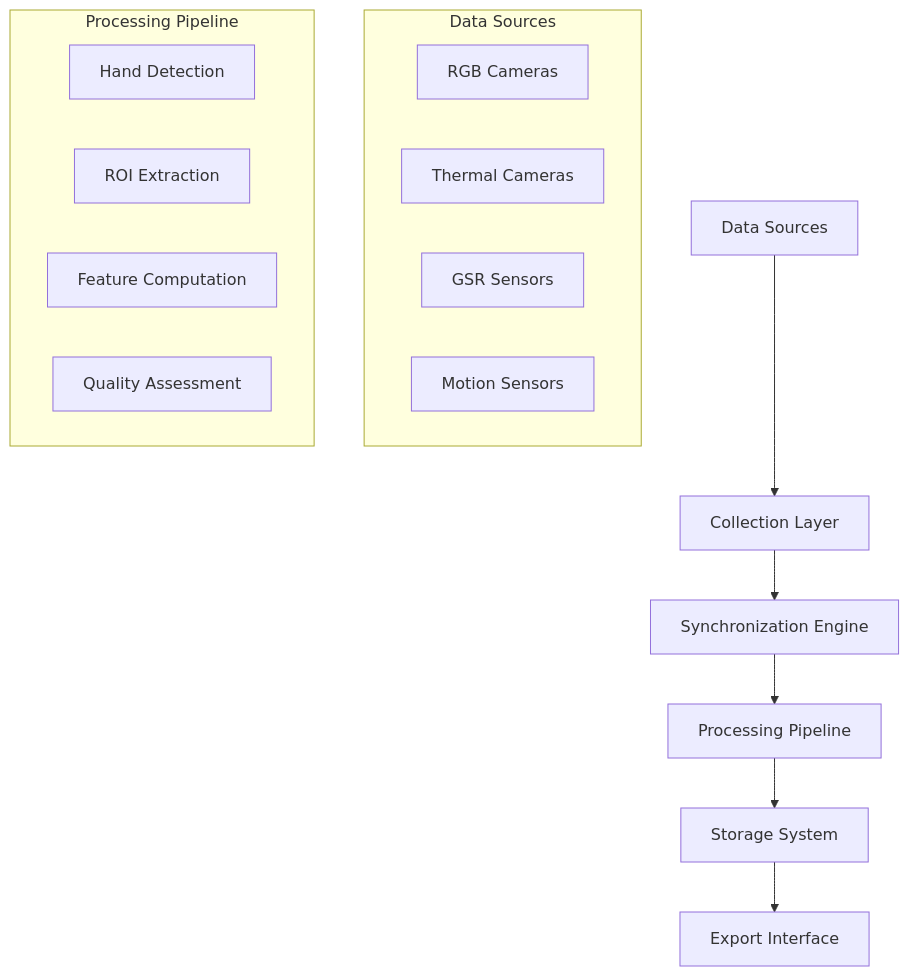
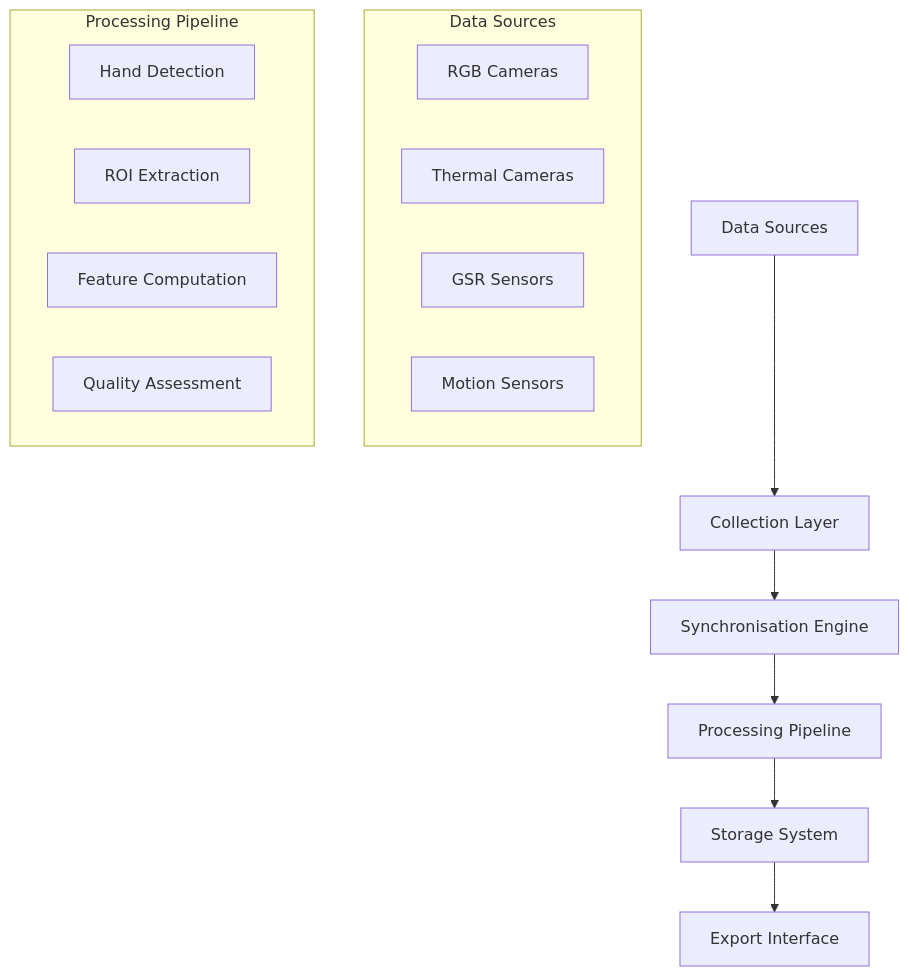
One commit to buccancs/fyp-multi-sensor-recording-system changed the fifth of 6 diagrams in docs/thesis_report/draft_0/chapter_3_requirements_and_analysis.md. Above: the diagram before and after it, drawn with Mermaid. The commit also changed other lines of this file and 56 other files, not shown here.

````diff
--- a/docs/thesis_report/draft_0/chapter_3_requirements_and_analysis.md
+++ b/docs/thesis_report/draft_0/chapter_3_requirements_and_analysis.md
@@ -1675,22 +1675,22 @@
 ```mermaid
 graph TD
     A[Data Sources] --> B[Collection Layer]
-    B --> C[Synchronization Engine]
+    B --> C[Synchronisation Engine]
     C --> D[Processing Pipeline]
     D --> E[Storage System]
     E --> F[Export Interface]
 
     subgraph "Data Sources"
         A1[RGB Cameras]
         A2[Thermal Cameras]
         A3[GSR Sensors]
         A4[Motion Sensors]
     end
 
     subgraph "Processing Pipeline"
         D1[Hand Detection]
         D2[ROI Extraction]
         D3[Feature Computation]
         D4[Quality Assessment]
     end
 ```
````
